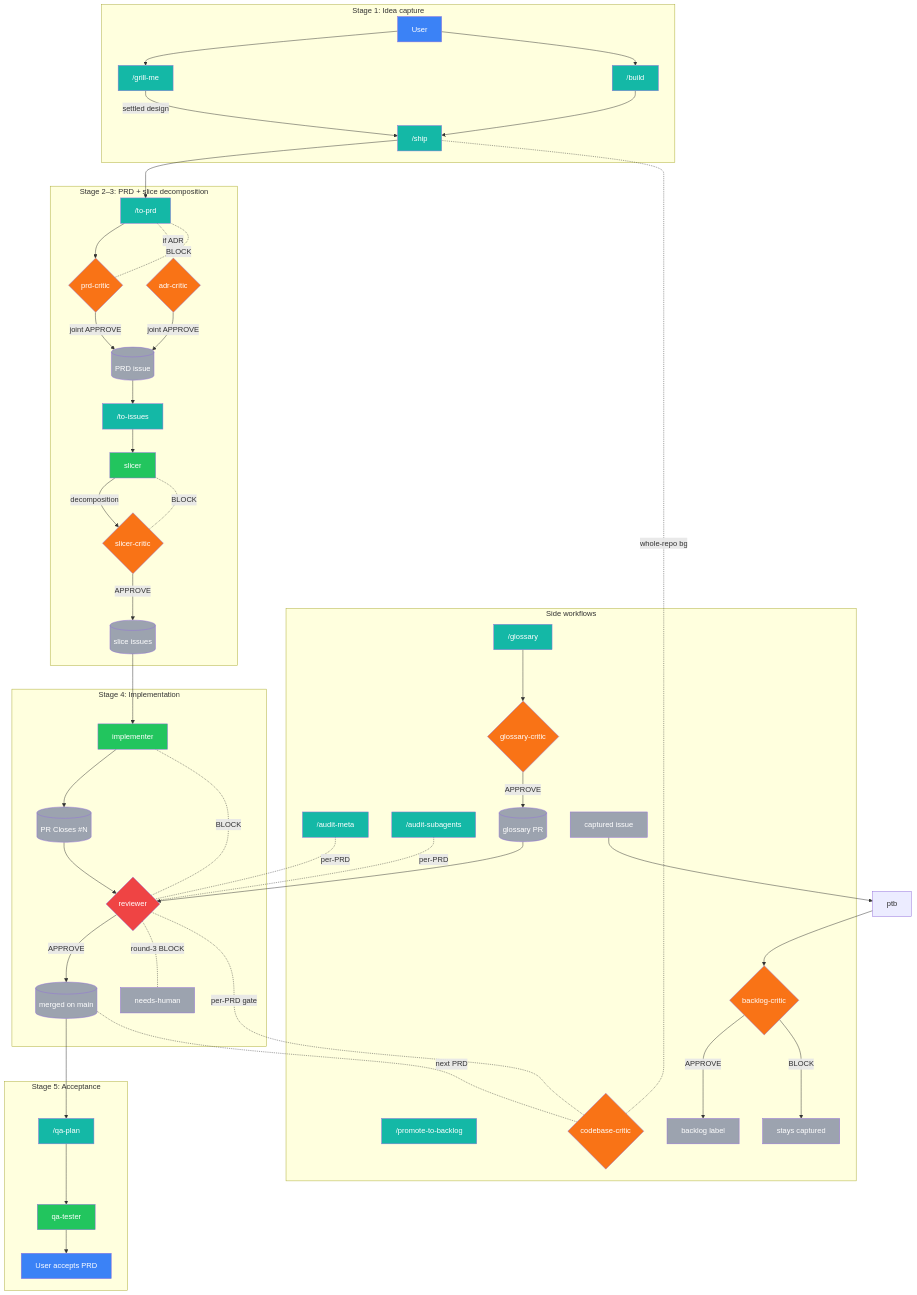
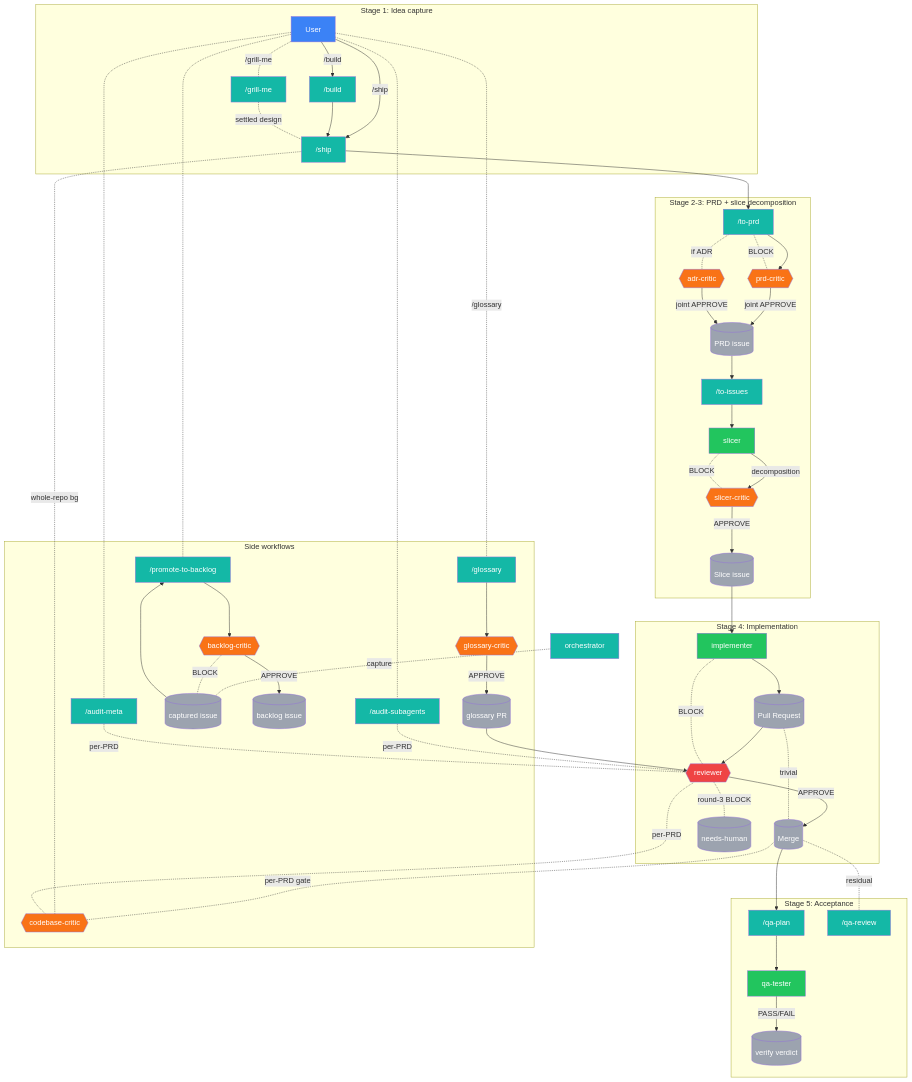
The diagram in README.md (vojtech-stas/project-claude), drawn with Mermaid before and after one commit. The commit also changed 3 other files, not shown here.

````diff
--- a/README.md
+++ b/README.md
@@ -107,50 +107,51 @@
 ```mermaid
 flowchart TD
   subgraph S1["Stage 1: Idea capture"]
-    U1[User]
+    user["User"]
     build["/build"]
     grill_me["/grill-me"]
     ship["/ship"]
   end
-  subgraph S2["Stage 2–3: PRD + slice decomposition"]
+  subgraph S2["Stage 2-3: PRD + slice decomposition"]
     to_prd["/to-prd"]
-    prd_critic{prd-critic}
-    adr_critic{adr-critic}
     to_issues["/to-issues"]
+    prd_critic{{prd-critic}}
+    adr_critic{{adr-critic}}
     slicer[slicer]
-    slicer_critic{slicer-critic}
+    slicer_critic{{slicer-critic}}
     prd_issue[(PRD issue)]
-    slice_issues[(slice issues)]
+    slice_issue[(Slice issue)]
   end
   subgraph S3["Stage 4: Implementation"]
     implementer[implementer]
-    reviewer{reviewer}
-    pr[(PR Closes #N)]
-    merge[(merged on main)]
-    nh[needs-human]
+    reviewer{{reviewer}}
+    pr[(Pull Request)]
+    merge[(Merge)]
+    needs_human[(needs-human)]
   end
   subgraph S4["Stage 5: Acceptance"]
     qa_plan["/qa-plan"]
+    qa_review["/qa-review"]
     qa_tester[qa-tester]
-    U2[User accepts PRD]
+    verify_verdict[(verify verdict)]
   end
   subgraph SS["Side workflows"]
     glossary["/glossary"]
-    glossary_critic{glossary-critic}
     promote_to_backlog["/promote-to-backlog"]
-    backlog_critic{backlog-critic}
     audit_meta["/audit-meta"]
     audit_subagents["/audit-subagents"]
-    codebase_critic{codebase-critic}
+    glossary_critic{{glossary-critic}}
+    backlog_critic{{backlog-critic}}
+    codebase_critic{{codebase-critic}}
+    captured_issue[(captured issue)]
+    backlog_issue[(backlog issue)]
     glossary_pr[(glossary PR)]
-    cap[captured issue]
-    bl[backlog label]
-    capstay[stays captured]
   end
-  U1 --> grill_me
-  grill_me -->|settled design| ship
-  U1 --> build
+  user -->|/build| build
+  user -->|/ship| ship
+  user -./grill-me.- grill_me
   build --> ship
+  grill_me -.settled design.- ship
   ship --> to_prd
   to_prd --> prd_critic
   to_prd -.if ADR.- adr_critic
@@ -160,39 +161,46 @@
   prd_issue --> to_issues
   to_issues --> slicer
   slicer -->|decomposition| slicer_critic
-  slicer_critic -->|APPROVE| slice_issues
+  slicer_critic -->|APPROVE| slice_issue
   slicer_critic -.BLOCK.- slicer
-  slice_issues --> implementer
+  slice_issue --> implementer
   implementer --> pr
   pr --> reviewer
   reviewer -->|APPROVE| merge
   reviewer -.BLOCK.- implementer
-  reviewer -.round-3 BLOCK.- nh
+  reviewer -.round-3 BLOCK.- needs_human
+  pr -.trivial.- merge
   merge --> qa_plan
   qa_plan --> qa_tester
-  qa_tester --> U2
-  audit_subagents -.per-PRD.- reviewer
-  audit_meta -.per-PRD.- reviewer
+  qa_tester -->|PASS/FAIL| verify_verdict
+  merge -.residual.- qa_review
+  merge -.per-PRD gate.- codebase_critic
+  codebase_critic -.per-PRD.- reviewer
+  ship -.whole-repo bg.- codebase_critic
+  user -./glossary.- glossary
   glossary --> glossary_critic
   glossary_critic -->|APPROVE| glossary_pr
   glossary_pr --> reviewer
-  cap --> ptb
-  ptb --> backlog_critic
-  backlog_critic -->|APPROVE| bl
-  backlog_critic -->|BLOCK| capstay
-  codebase_critic -.per-PRD gate.- reviewer
-  merge -.next PRD.- codebase_critic
-  ship -.whole-repo bg.- codebase_critic
+  user -.- audit_subagents
+  audit_subagents -.per-PRD.- reviewer
+  user -.- audit_meta
+  audit_meta -.per-PRD.- reviewer
+  orchestrator -.capture.- captured_issue
+  user -.- promote_to_backlog
+  captured_issue --> promote_to_backlog
+  promote_to_backlog --> backlog_critic
+  backlog_critic -->|APPROVE| backlog_issue
+  backlog_critic -.BLOCK.- captured_issue
   classDef human fill:#3b82f6,color:#fff
   classDef skill fill:#14b8a6,color:#fff
   classDef gen fill:#22c55e,color:#fff
   classDef critic fill:#f97316,color:#fff
   classDef reviewer_cls fill:#ef4444,color:#fff
   classDef artifact fill:#9ca3af,color:#fff
-  class U1,U2 human
-  class audit_meta,audit_subagents,build,glossary,grill_me,orchestrator,promote_to_backlog,qa_plan,ship,to_issues,to_prd skill
+  class user human
+  class audit_meta,audit_subagents,build,glossary,grill_me,orchestrator,promote_to_backlog,qa_plan,qa_review,ship,to_issues,to_prd skill
   class implementer,qa_tester,slicer gen
   class adr_critic,backlog_critic,codebase_critic,glossary_critic,prd_critic,slicer_critic critic
   class reviewer reviewer_cls
-  class prd_issue,slice_issues,pr,merge,nh,glossary_pr,cap,bl,capstay artifact
+  class backlog_issue,captured_issue,glossary_pr,merge,needs_human,pr,prd_issue,slice_issue,verify_verdict artifact
 ```
````
